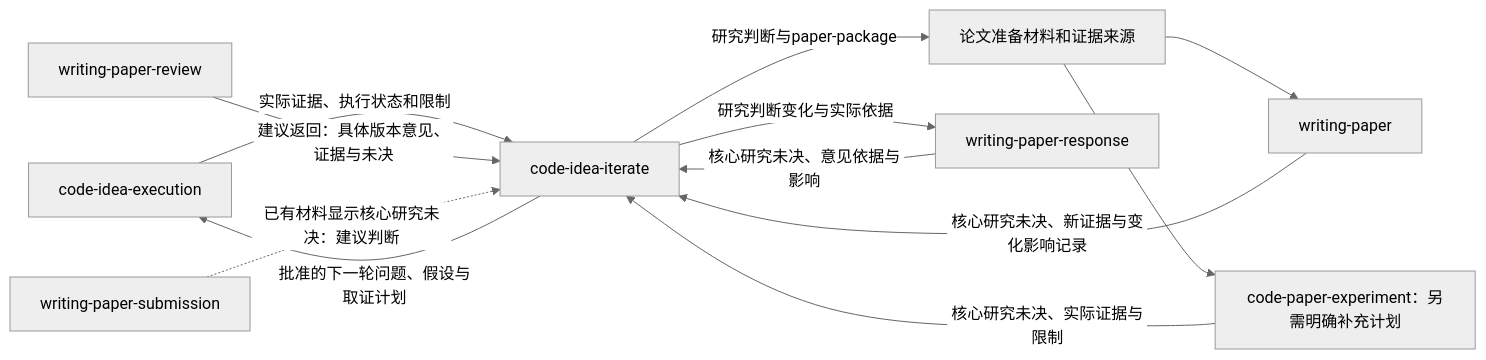
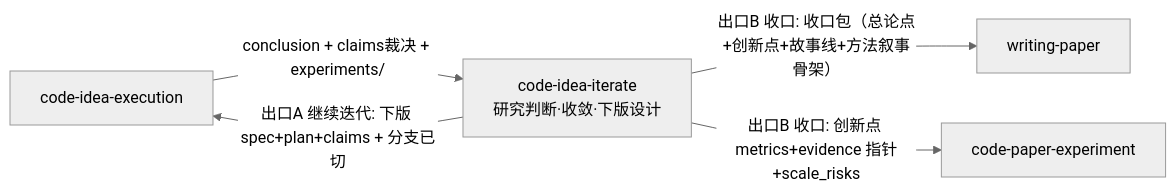
One commit to jackwang0108/dl-assistant changed the first of 2 diagrams in plugins/dl-assistant/skills/code-idea-iterate/SKILL.md. Above: the diagram before and after it, drawn with Mermaid (neutral theme). The commit also changed other lines of this file and 256 other files, not shown here.

````diff
--- a/plugins/dl-assistant/skills/code-idea-iterate/SKILL.md
+++ b/plugins/dl-assistant/skills/code-idea-iterate/SKILL.md
@@ -26,14 +48,8 @@
 ```mermaid
 flowchart LR
-    EX[code-idea-execution] -->|实际证据、执行状态和限制| IT[code-idea-iterate]
-    IT -->|批准的下一轮问题、假设与取证计划| EX
-    IT -->|研究判断与paper-package| PKG[论文准备材料和证据来源]
-    PKG --> WP[writing-paper]
-    WP -->|核心研究未决、新证据与变化影响记录| IT
-    RV[writing-paper-review] -->|建议返回：具体版本意见、证据与未决| IT
-    SUB[writing-paper-submission] -.->|已有材料显示核心研究未决：建议判断| IT
-    RS[writing-paper-response] -->|核心研究未决、意见依据与影响| IT
-    IT -->|研究判断变化与实际依据| RS
-    PKG --> CPE[code-paper-experiment：另需明确补充计划]
-    CPE -->|核心研究未决、实际证据与限制| IT
+    EX[code-idea-execution] -->|conclusion + claims裁决 + experiments/| IT
+    IT["code-idea-iterate<br/>研究判断·收敛·下版设计"]
+    IT -->|出口A 继续迭代: 下版 spec+plan+claims + 分支已切| EX
+    IT -->|出口B 收口: 收口包（总论点+创新点+故事线+方法叙事骨架）| WP[writing-paper]
+    IT -->|出口B 收口: 创新点 metrics+evidence 指针+scale_risks| CPE[code-paper-experiment]
 ```
````
